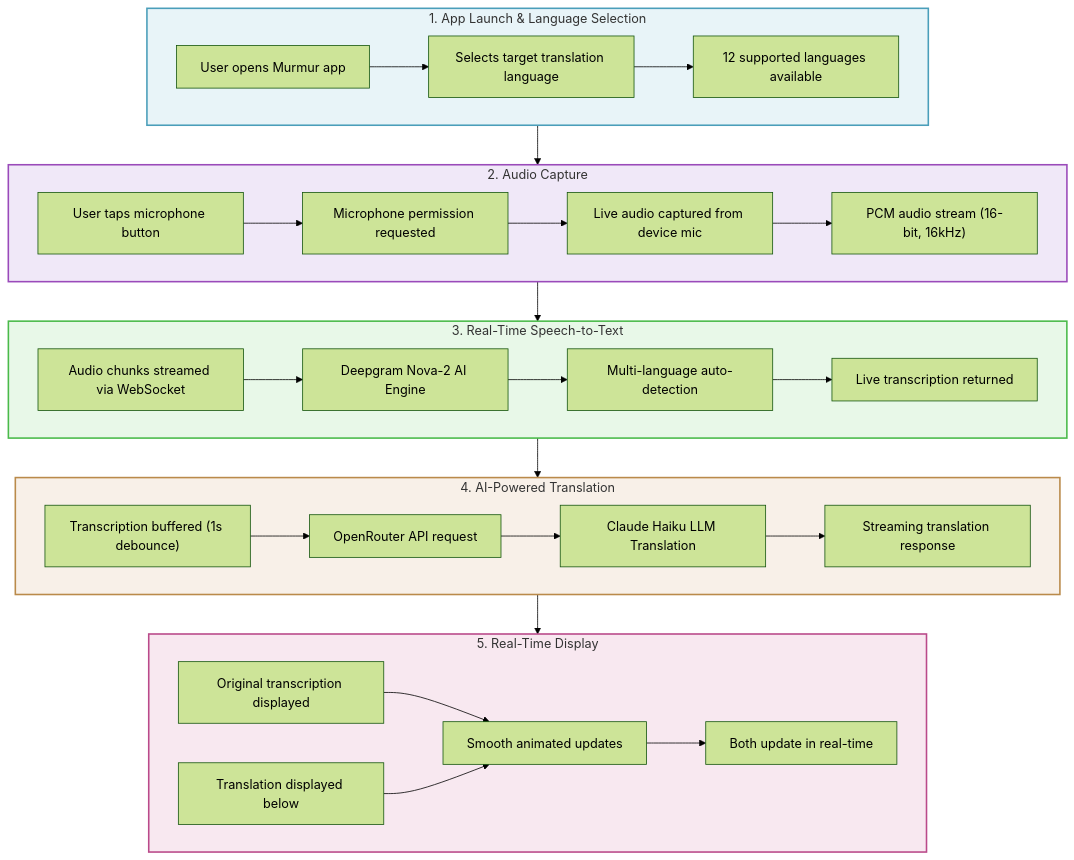
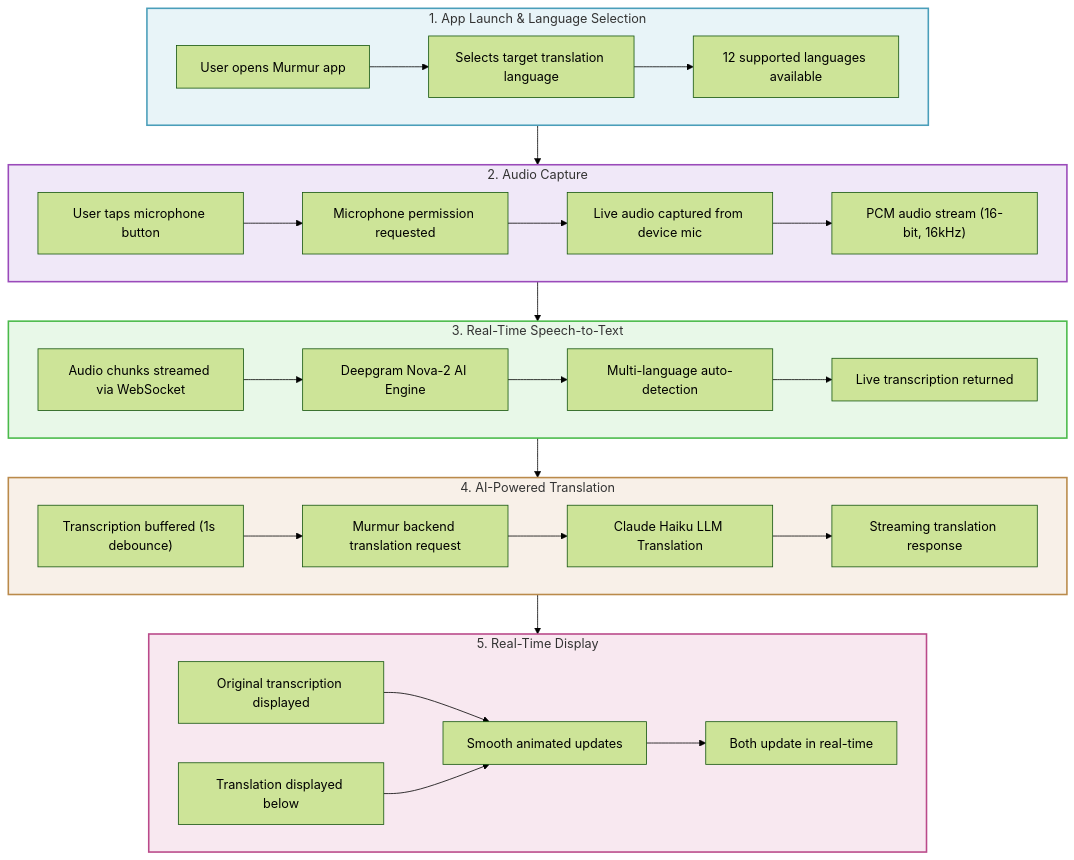
The first of 3 diagrams in docs/architecture-diagram.md (Q9Labs/murmur), drawn with Mermaid (forest theme) before and after one commit. The commit also changed other lines of this file and 15 other files, not shown here.

````diff
--- a/docs/architecture-diagram.md
+++ b/docs/architecture-diagram.md
@@ -3,55 +3,55 @@
 ```mermaid
 flowchart TB
     subgraph Step1["1. App Launch & Language Selection"]
         A1[User opens Murmur app]
         A2[Selects target translation language]
         A3[12 supported languages available]
         A1 --> A2 --> A3
     end
 
     subgraph Step2["2. Audio Capture"]
         B1[User taps microphone button]
         B2[Microphone permission requested]
         B3[Live audio captured from device mic]
         B4["PCM audio stream (16-bit, 16kHz)"]
         B1 --> B2 --> B3 --> B4
     end
 
     subgraph Step3["3. Real-Time Speech-to-Text"]
         C1[Audio chunks streamed via WebSocket]
         C2["Deepgram Nova-2 AI Engine"]
         C3[Multi-language auto-detection]
         C4[Live transcription returned]
         C1 --> C2 --> C3 --> C4
     end
 
     subgraph Step4["4. AI-Powered Translation"]
         D1["Transcription buffered (1s debounce)"]
-        D2[OpenRouter API request]
+        D2[Murmur backend translation request]
         D3["Claude Haiku LLM Translation"]
         D4[Streaming translation response]
         D1 --> D2 --> D3 --> D4
     end
 
     subgraph Step5["5. Real-Time Display"]
         E1[Original transcription displayed]
         E2[Translation displayed below]
         E3[Smooth animated updates]
         E4[Both update in real-time]
         E1 --> E3
         E2 --> E3
         E3 --> E4
     end
 
     Step1 --> Step2
     Step2 --> Step3
     Step3 --> Step4
     Step4 --> Step5
 
     %% Styling
     style Step1 fill:#e8f4f8,stroke:#4a9eba,stroke-width:2px
     style Step2 fill:#f0e8f8,stroke:#9a4aba,stroke-width:2px
     style Step3 fill:#e8f8e8,stroke:#4aba4a,stroke-width:2px
     style Step4 fill:#f8f0e8,stroke:#ba8a4a,stroke-width:2px
     style Step5 fill:#f8e8f0,stroke:#ba4a8a,stroke-width:2px
 ```
````
